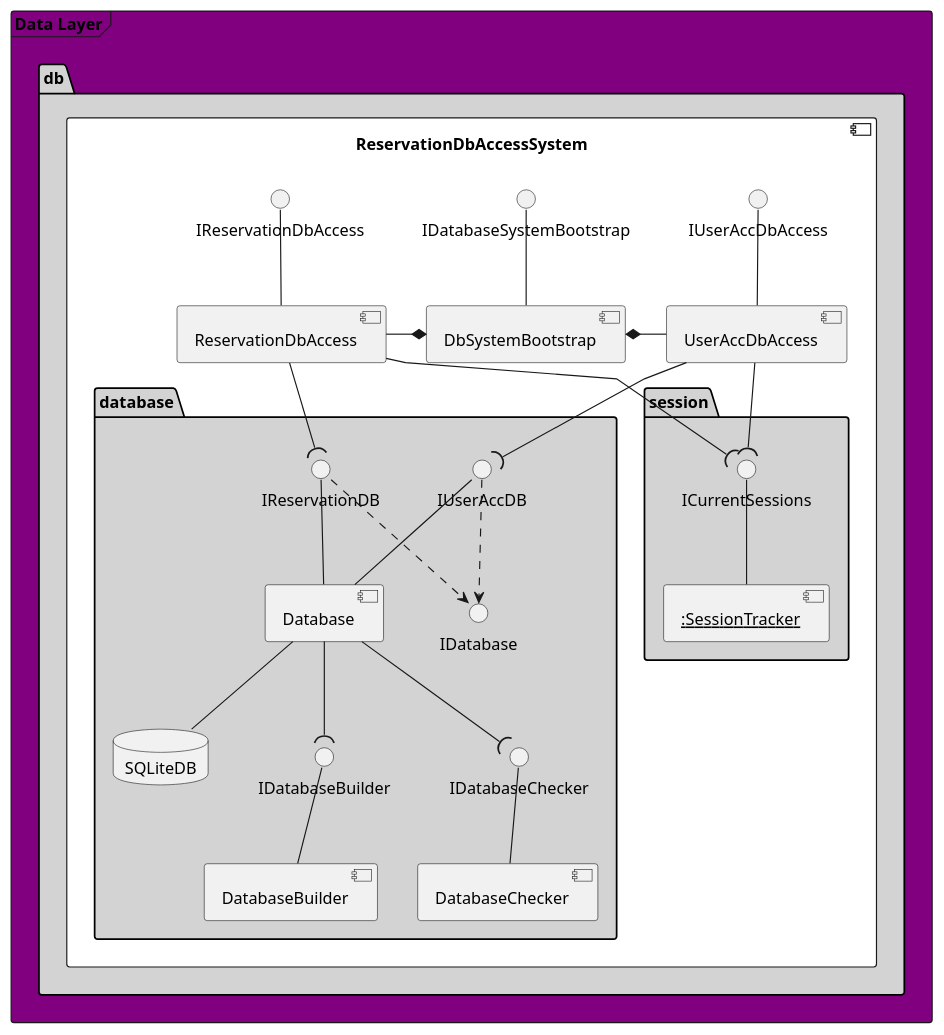
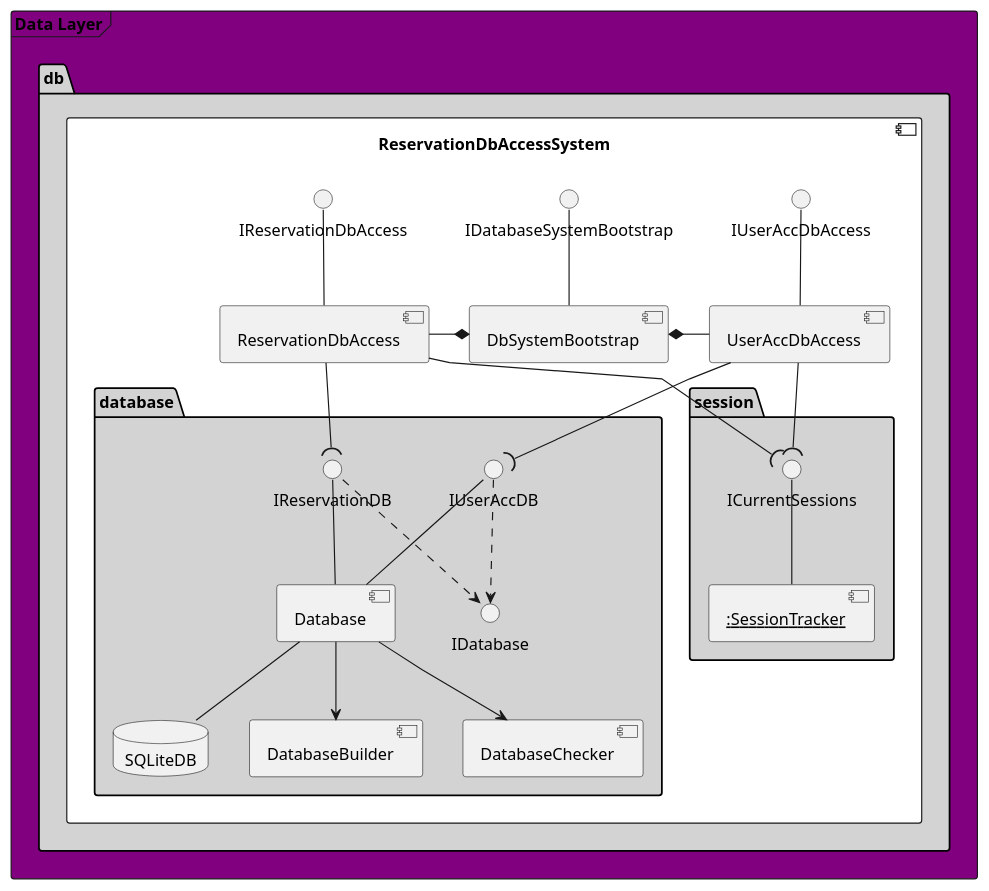
One commit to BBKbeam/mtRooms changed the diagram in docs/uml/architecture/data_layer.puml. Above: the diagram before and after it, drawn with PlantUML. The commit also changed 11 other files, not shown here.

Commit message:
[uml] Updates and cleanup on component diagrams.

```diff
--- a/docs/uml/architecture/data_layer.puml
+++ b/docs/uml/architecture/data_layer.puml
@@ -1,46 +1,47 @@
 @startuml
 
 'skinparam linetype ortho
 skinparam linetype polyline
 'skinparam monochrome true
 
 skinparam package {
     backgroundColor lightgrey
 }
 
 
 frame "Data Layer" #purple {
     package "db" {
         component ReservationDbAccessSystem #white {
             package "database" {
                 database SQLiteDB as DB
                 IReservationDB -- [Database]
                 IUserAccDB -- [Database]
                 IReservationDB ..> IDatabase
                 IUserAccDB ..> IDatabase
-                IDatabaseBuilder -- [DatabaseBuilder]
-                IDatabaseChecker -- [DatabaseChecker]
+                [DatabaseBuilder]
+                [DatabaseChecker]
 
                 [Database] -down- DB
-                [Database] --( IDatabaseBuilder
-                [Database] --( IDatabaseChecker
+                [Database] --> DatabaseBuilder
+                [Database] --> DatabaseChecker
             }
             package "session" {
                 [<u>:SessionTracker] as SessionTracker
                 ICurrentSessions -- [SessionTracker]
             }
+
             IReservationDbAccess -- [ReservationDbAccess]
             IUserAccDbAccess -- [UserAccDbAccess]
             IDatabaseSystemBootstrap -- [DbSystemBootstrap]
 
             DbSystemBootstrap *-left- ReservationDbAccess
             DbSystemBootstrap *-right- UserAccDbAccess
             ReservationDbAccess --( ICurrentSessions
             ReservationDbAccess --( IReservationDB
             UserAccDbAccess --( IUserAccDB
             UserAccDbAccess --( ICurrentSessions
         }
     }
 }
 
 @enduml
```
